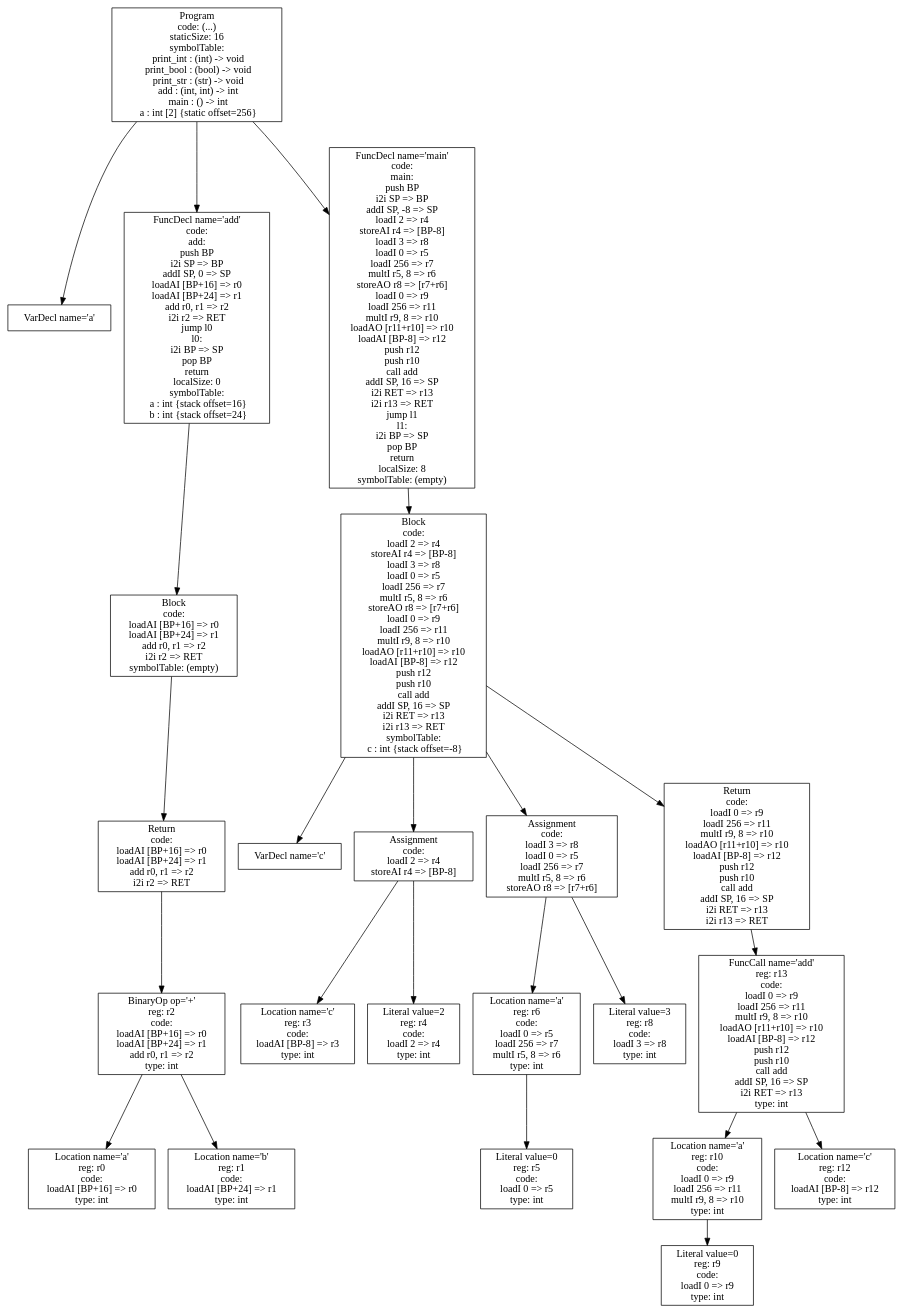
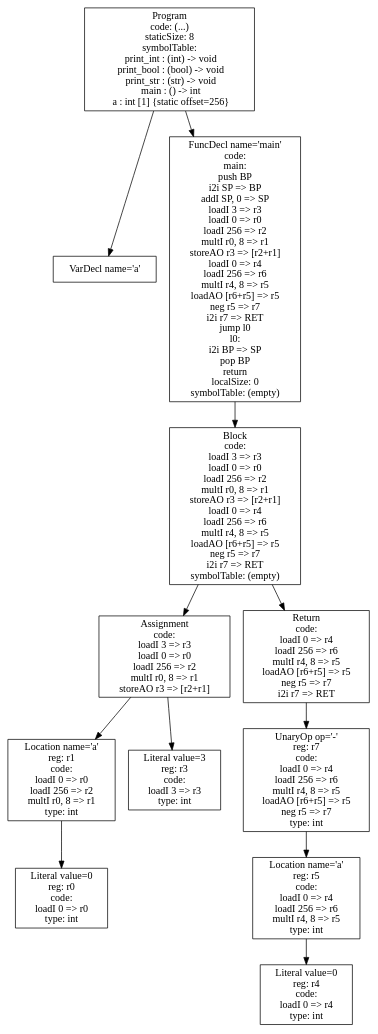
One commit to dada1802/cs432-project changed the diagram in p4-codegen/iloc-tree.dot. Above: the diagram before and after it, drawn with Graphviz. The commit also changed 14 other files, not shown here.

```diff
--- a/p4-codegen/iloc-tree.dot
+++ b/p4-codegen/iloc-tree.dot
@@ -1,47 +1,25 @@
 digraph AST {
 1 [shape=box, label="VarDecl name='a'"];
-6 [shape=box, label="Location name='a'\nreg: r0\ncode: \nloadAI [BP+16] => r0\ntype: int"];
-7 [shape=box, label="Location name='b'\nreg: r1\ncode: \nloadAI [BP+24] => r1\ntype: int"];
-5 [shape=box, label="BinaryOp op='+'\nreg: r2\ncode: \nloadAI [BP+16] => r0\nloadAI [BP+24] => r1\nadd r0, r1 => r2\ntype: int"];
+6 [shape=box, label="Literal value=0\nreg: r0\ncode: \nloadI 0 => r0\ntype: int"];
+5 [shape=box, label="Location name='a'\nreg: r1\ncode: \nloadI 0 => r0\nloadI 256 => r2\nmultI r0, 8 => r1\ntype: int"];
 5 -> 6;
-5 -> 7;
-4 [shape=box, label="Return\ncode: \nloadAI [BP+16] => r0\nloadAI [BP+24] => r1\nadd r0, r1 => r2\ni2i r2 => RET"];
+7 [shape=box, label="Literal value=3\nreg: r3\ncode: \nloadI 3 => r3\ntype: int"];
+4 [shape=box, label="Assignment\ncode: \nloadI 3 => r3\nloadI 0 => r0\nloadI 256 => r2\nmultI r0, 8 => r1\nstoreAO r3 => [r2+r1]"];
 4 -> 5;
-3 [shape=box, label="Block\ncode: \nloadAI [BP+16] => r0\nloadAI [BP+24] => r1\nadd r0, r1 => r2\ni2i r2 => RET\nsymbolTable: (empty)"];
+4 -> 7;
+11 [shape=box, label="Literal value=0\nreg: r4\ncode: \nloadI 0 => r4\ntype: int"];
+10 [shape=box, label="Location name='a'\nreg: r5\ncode: \nloadI 0 => r4\nloadI 256 => r6\nmultI r4, 8 => r5\ntype: int"];
+10 -> 11;
+9 [shape=box, label="UnaryOp op='-'\nreg: r7\ncode: \nloadI 0 => r4\nloadI 256 => r6\nmultI r4, 8 => r5\nloadAO [r6+r5] => r5\nneg r5 => r7\ntype: int"];
+9 -> 10;
+8 [shape=box, label="Return\ncode: \nloadI 0 => r4\nloadI 256 => r6\nmultI r4, 8 => r5\nloadAO [r6+r5] => r5\nneg r5 => r7\ni2i r7 => RET"];
+8 -> 9;
+3 [shape=box, label="Block\ncode: \nloadI 3 => r3\nloadI 0 => r0\nloadI 256 => r2\nmultI r0, 8 => r1\nstoreAO r3 => [r2+r1]\nloadI 0 => r4\nloadI 256 => r6\nmultI r4, 8 => r5\nloadAO [r6+r5] => r5\nneg r5 => r7\ni2i r7 => RET\nsymbolTable: (empty)"];
 3 -> 4;
-2 [shape=box, label="FuncDecl name='add'\ncode: \nadd:\npush BP\ni2i SP => BP\naddI SP, 0 => SP\nloadAI [BP+16] => r0\nloadAI [BP+24] => r1\nadd r0, r1 => r2\ni2i r2 => RET\njump l0\nl0:\ni2i BP => SP\npop BP\nreturn\nlocalSize: 0\nsymbolTable: \n  a : int {stack offset=16}\n  b : int {stack offset=24}"];
+3 -> 8;
+2 [shape=box, label="FuncDecl name='main'\ncode: \nmain:\npush BP\ni2i SP => BP\naddI SP, 0 => SP\nloadI 3 => r3\nloadI 0 => r0\nloadI 256 => r2\nmultI r0, 8 => r1\nstoreAO r3 => [r2+r1]\nloadI 0 => r4\nloadI 256 => r6\nmultI r4, 8 => r5\nloadAO [r6+r5] => r5\nneg r5 => r7\ni2i r7 => RET\njump l0\nl0:\ni2i BP => SP\npop BP\nreturn\nlocalSize: 0\nsymbolTable: (empty)"];
 2 -> 3;
-10 [shape=box, label="VarDecl name='c'"];
-12 [shape=box, label="Location name='c'\nreg: r3\ncode: \nloadAI [BP-8] => r3\ntype: int"];
-13 [shape=box, label="Literal value=2\nreg: r4\ncode: \nloadI 2 => r4\ntype: int"];
-11 [shape=box, label="Assignment\ncode: \nloadI 2 => r4\nstoreAI r4 => [BP-8]"];
-11 -> 12;
-11 -> 13;
-16 [shape=box, label="Literal value=0\nreg: r5\ncode: \nloadI 0 => r5\ntype: int"];
-15 [shape=box, label="Location name='a'\nreg: r6\ncode: \nloadI 0 => r5\nloadI 256 => r7\nmultI r5, 8 => r6\ntype: int"];
-15 -> 16;
-17 [shape=box, label="Literal value=3\nreg: r8\ncode: \nloadI 3 => r8\ntype: int"];
-14 [shape=box, label="Assignment\ncode: \nloadI 3 => r8\nloadI 0 => r5\nloadI 256 => r7\nmultI r5, 8 => r6\nstoreAO r8 => [r7+r6]"];
-14 -> 15;
-14 -> 17;
-21 [shape=box, label="Literal value=0\nreg: r9\ncode: \nloadI 0 => r9\ntype: int"];
-20 [shape=box, label="Location name='a'\nreg: r10\ncode: \nloadI 0 => r9\nloadI 256 => r11\nmultI r9, 8 => r10\ntype: int"];
-20 -> 21;
-22 [shape=box, label="Location name='c'\nreg: r12\ncode: \nloadAI [BP-8] => r12\ntype: int"];
-19 [shape=box, label="FuncCall name='add'\nreg: r13\ncode: \nloadI 0 => r9\nloadI 256 => r11\nmultI r9, 8 => r10\nloadAO [r11+r10] => r10\nloadAI [BP-8] => r12\npush r12\npush r10\ncall add\naddI SP, 16 => SP\ni2i RET => r13\ntype: int"];
-19 -> 20;
-19 -> 22;
-18 [shape=box, label="Return\ncode: \nloadI 0 => r9\nloadI 256 => r11\nmultI r9, 8 => r10\nloadAO [r11+r10] => r10\nloadAI [BP-8] => r12\npush r12\npush r10\ncall add\naddI SP, 16 => SP\ni2i RET => r13\ni2i r13 => RET"];
-18 -> 19;
-9 [shape=box, label="Block\ncode: \nloadI 2 => r4\nstoreAI r4 => [BP-8]\nloadI 3 => r8\nloadI 0 => r5\nloadI 256 => r7\nmultI r5, 8 => r6\nstoreAO r8 => [r7+r6]\nloadI 0 => r9\nloadI 256 => r11\nmultI r9, 8 => r10\nloadAO [r11+r10] => r10\nloadAI [BP-8] => r12\npush r12\npush r10\ncall add\naddI SP, 16 => SP\ni2i RET => r13\ni2i r13 => RET\nsymbolTable: \n  c : int {stack offset=-8}"];
-9 -> 10;
-9 -> 11;
-9 -> 14;
-9 -> 18;
-8 [shape=box, label="FuncDecl name='main'\ncode: \nmain:\npush BP\ni2i SP => BP\naddI SP, -8 => SP\nloadI 2 => r4\nstoreAI r4 => [BP-8]\nloadI 3 => r8\nloadI 0 => r5\nloadI 256 => r7\nmultI r5, 8 => r6\nstoreAO r8 => [r7+r6]\nloadI 0 => r9\nloadI 256 => r11\nmultI r9, 8 => r10\nloadAO [r11+r10] => r10\nloadAI [BP-8] => r12\npush r12\npush r10\ncall add\naddI SP, 16 => SP\ni2i RET => r13\ni2i r13 => RET\njump l1\nl1:\ni2i BP => SP\npop BP\nreturn\nlocalSize: 8\nsymbolTable: (empty)"];
-8 -> 9;
-0 [shape=box, label="Program\ncode: (...)\nstaticSize: 16\nsymbolTable: \n  print_int : (int) -> void\n  print_bool : (bool) -> void\n  print_str : (str) -> void\n  add : (int, int) -> int\n  main : () -> int\n  a : int [2] {static offset=256}"];
+0 [shape=box, label="Program\ncode: (...)\nstaticSize: 8\nsymbolTable: \n  print_int : (int) -> void\n  print_bool : (bool) -> void\n  print_str : (str) -> void\n  main : () -> int\n  a : int [1] {static offset=256}"];
 0 -> 1;
 0 -> 2;
-0 -> 8;
 }
```
